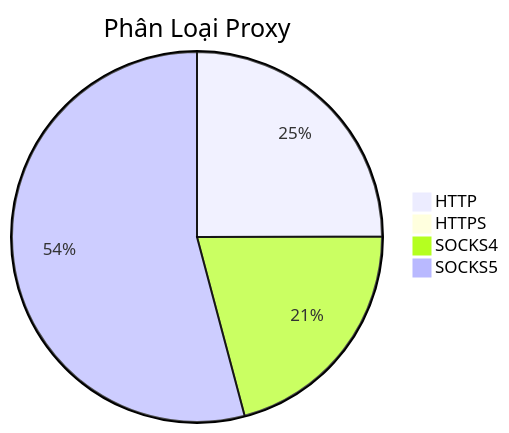
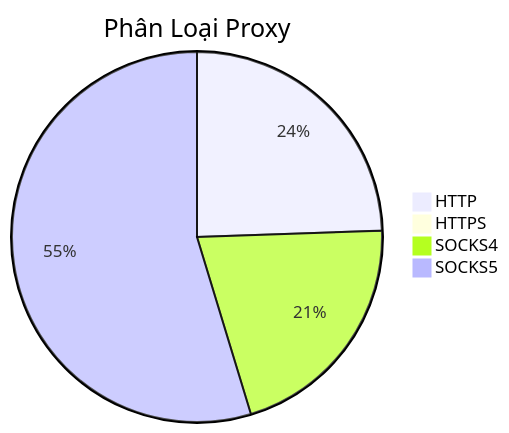
Before and after one commit to Ciara-12/PROXY-free: the diagram in README.md, drawn with Mermaid. The commit also changed other lines of this file and 4 other files, not shown here.

````diff
--- a/README.md
+++ b/README.md
@@ -26,7 +26,7 @@
 ```mermaid
 pie title Phân Loại Proxy
-    "HTTP" : 395
-    "HTTPS" : 1
-    "SOCKS4" : 330
-    "SOCKS5" : 856
+    "HTTP" : 481
+    "HTTPS" : 2
+    "SOCKS4" : 410
+    "SOCKS5" : 1076
 ```
````
